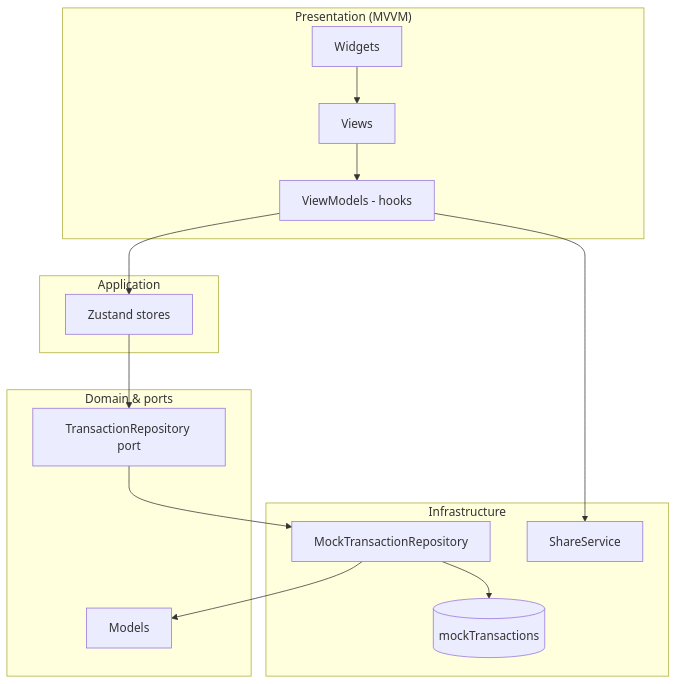
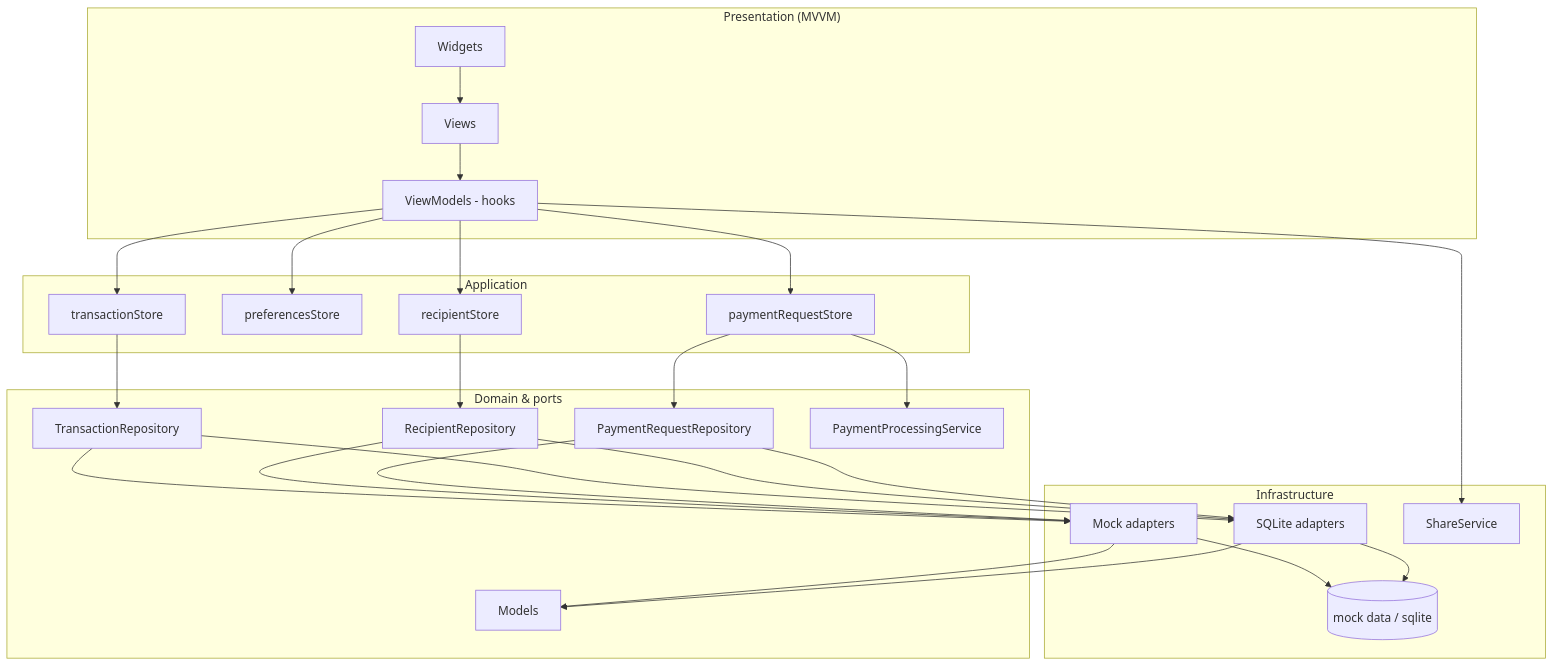
The diagram in README.md (merche-o/aeon-bank-transactions), drawn with Mermaid before and after one commit. The commit also changed other lines of this file and 92 other files, not shown here.

````diff
--- a/README.md
+++ b/README.md
@@ -170,29 +200,49 @@
 ```mermaid
 flowchart TB
   subgraph presentation["Presentation (MVVM)"]
     V[Views]
     W[Widgets]
     VM[ViewModels - hooks]
   end
   subgraph application["Application"]
-    S[Zustand stores]
+    TS[transactionStore]
+    PS[preferencesStore]
+    RS[recipientStore]
+    PRS[paymentRequestStore]
   end
   subgraph domain["Domain & ports"]
     M[Models]
-    R[TransactionRepository port]
+    TR[TransactionRepository]
+    RR[RecipientRepository]
+    PRR[PaymentRequestRepository]
+    PPS[PaymentProcessingService]
   end
   subgraph infrastructure["Infrastructure"]
-    Mock[MockTransactionRepository]
-    Data[(mockTransactions)]
+    Mock[Mock adapters]
+    Sqlite[SQLite adapters]
+    Data[(mock data / sqlite)]
     SS[ShareService]
   end
 
   V --> VM
   W --> V
-  VM --> S
-  S --> R
-  R --> Mock
+  VM --> TS
+  VM --> PS
+  VM --> RS
+  VM --> PRS
+  TS --> TR
+  RS --> RR
+  PRS --> PRR
+  PRS --> PPS
+  TR --> Mock
+  TR --> Sqlite
+  RR --> Mock
+  RR --> Sqlite
+  PRR --> Mock
+  PRR --> Sqlite
   Mock --> Data
+  Sqlite --> Data
   VM --> SS
   Mock --> M
+  Sqlite --> M
 ```
````
